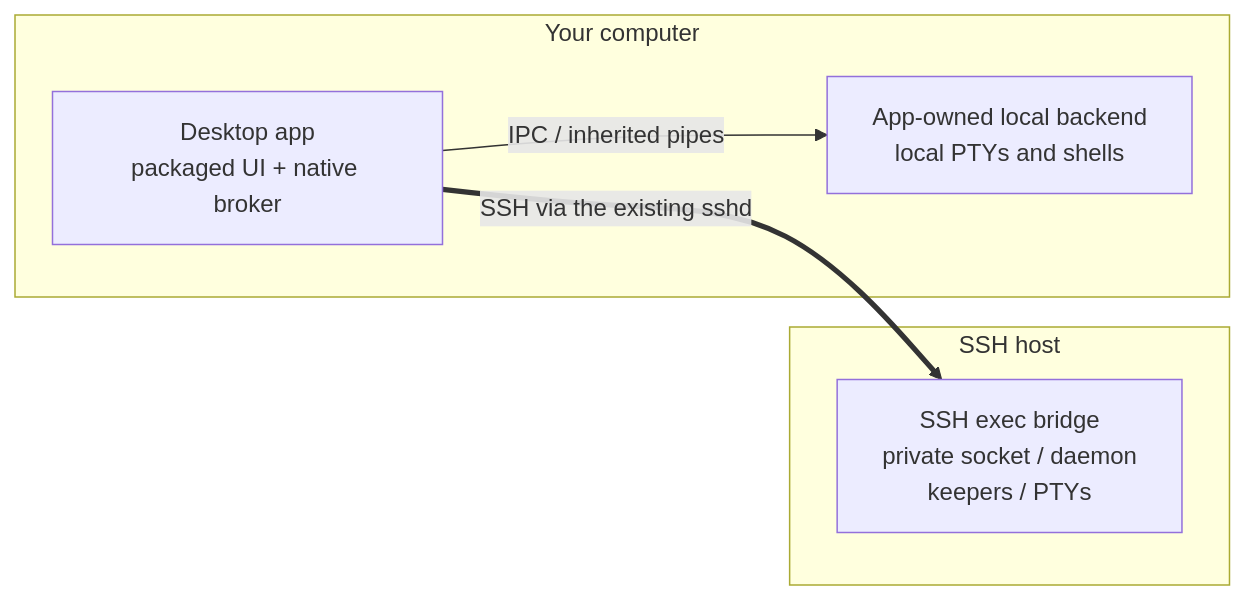
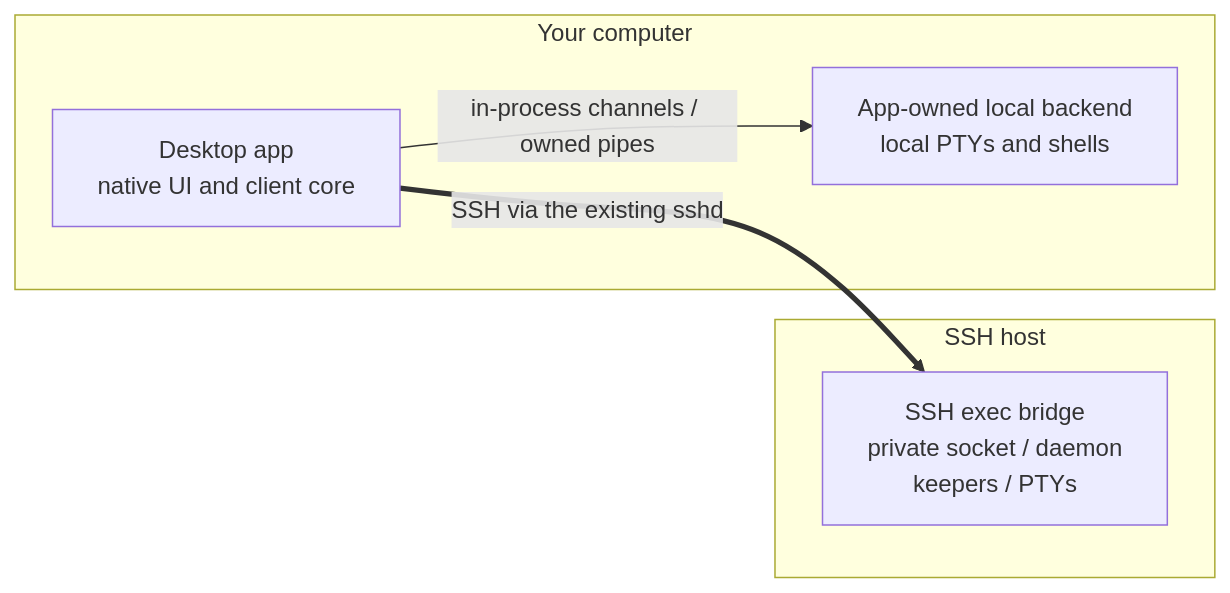
Before and after one commit to npgrosser/splitty: the first of 3 diagrams in docs/networking.md, drawn with Mermaid. The commit also changed other lines of this file, not shown here.

Commit message:
docs: describe the app's local backend connections

````diff
--- a/docs/networking.md
+++ b/docs/networking.md
@@ -13,12 +13,12 @@
 ```mermaid
 flowchart LR
   subgraph computer["Your computer"]
-    app["Desktop app<br/>packaged UI + native broker"]
+    app["Desktop app<br/>native UI and client core"]
     local["App-owned local backend<br/>local PTYs and shells"]
-    app -->|"IPC / inherited pipes"| local
+    app -->|"in-process channels / owned pipes"| local
   end
   subgraph host["SSH host"]
     remote["SSH exec bridge<br/>private socket / daemon<br/>keepers / PTYs"]
   end
   app ==>|"SSH via the existing sshd"| remote
 ```
````
